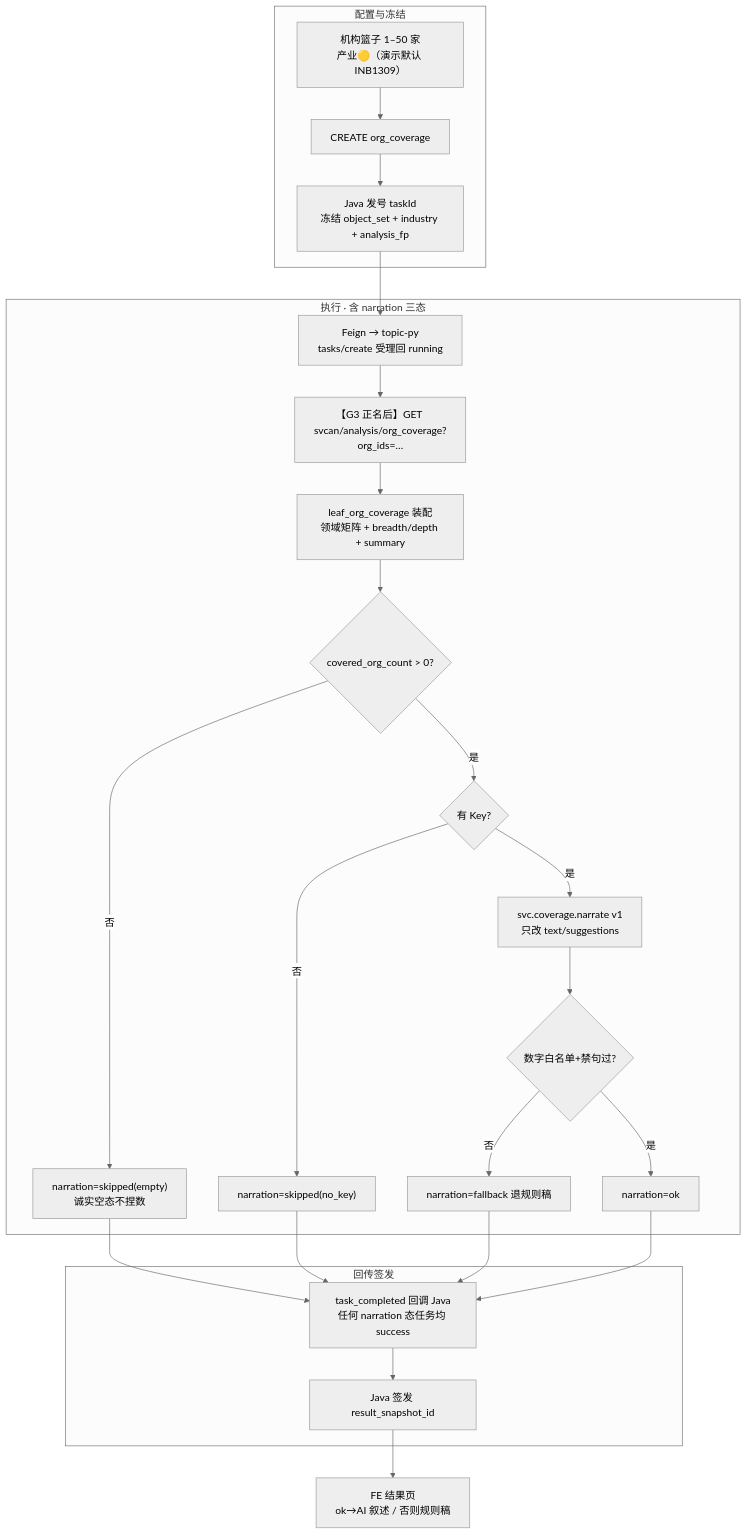
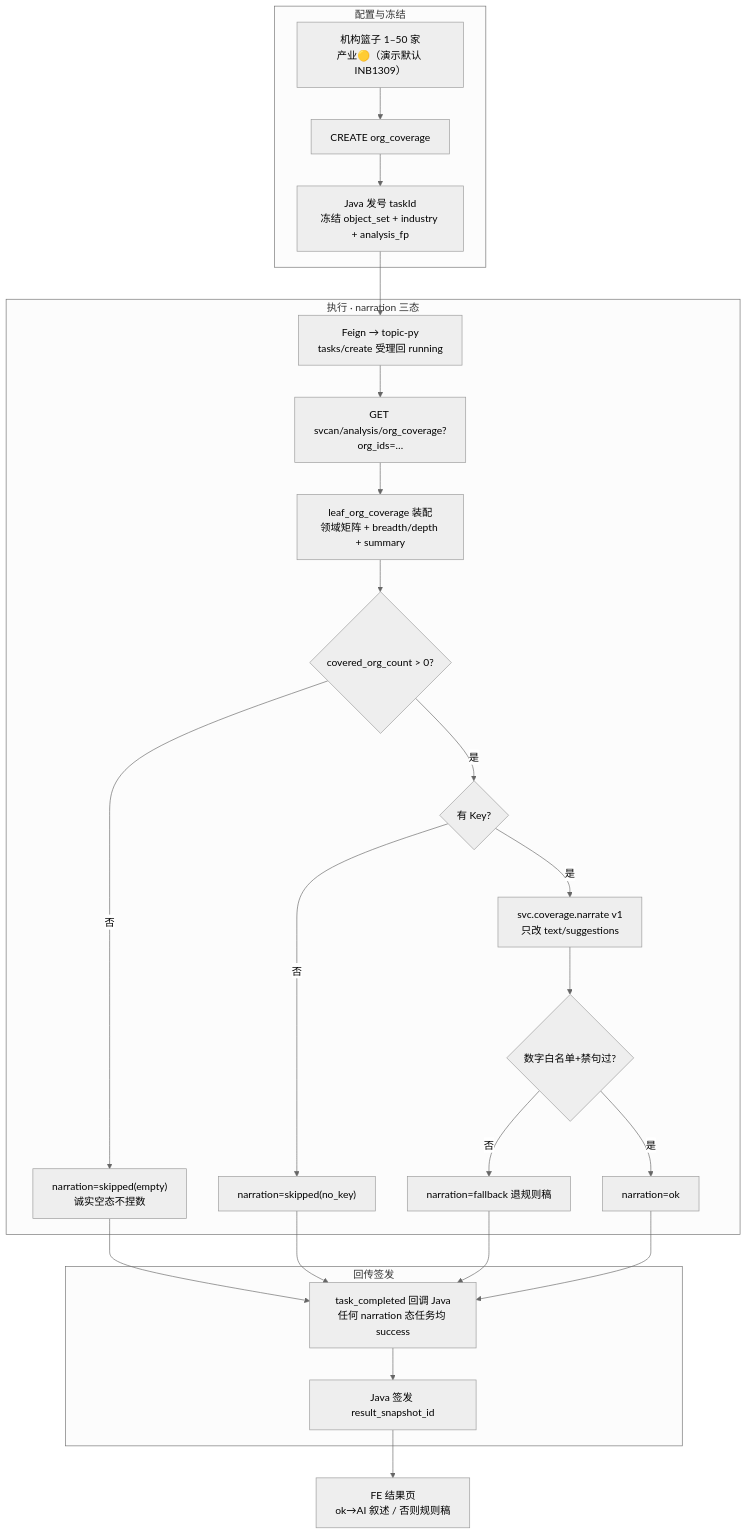
One commit to Marisolebxf/- changed the first of 2 diagrams in agent-delivery/agent-handoffs/产品整体定义/科技专题服务系统-完整详细设计/05.7.1-服务机构产业领域分析.md. Above: the diagram before and after it, drawn with Mermaid (neutral theme). The commit also changed other lines of this file and 2 other files, not shown here.

First line of the commit message:
[agent:architect-agent] docs(svc): 05.7.1/05.7.3/05.7.4 改版为行为规格体例（删对照/缺口/目标态章节）

````diff
--- a/agent-delivery/agent-handoffs/产品整体定义/科技专题服务系统-完整详细设计/05.7.1-服务机构产业领域分析.md
+++ b/agent-delivery/agent-handoffs/产品整体定义/科技专题服务系统-完整详细设计/05.7.1-服务机构产业领域分析.md
@@ -49,28 +33,28 @@
 ```mermaid
 flowchart TD
   subgraph cfg [配置与冻结]
     A["机构篮子 1–50 家<br/>产业🟡（演示默认 INB1309）"] --> B["CREATE org_coverage"]
     B --> C["Java 发号 taskId<br/>冻结 object_set + industry + analysis_fp"]
   end
-  subgraph pipe [执行 · 含 narration 三态]
+  subgraph pipe [执行 · narration 三态]
     C --> D["Feign → topic-py<br/>tasks/create 受理回 running"]
-    D --> F["【G3 正名后】GET svcan/analysis/org_coverage?org_ids=…"]
+    D --> F["GET svcan/analysis/org_coverage?org_ids=…"]
     F --> G["leaf_org_coverage 装配<br/>领域矩阵 + breadth/depth + summary"]
     G --> H{"covered_org_count > 0?"}
     H -->|否| EM["narration=skipped(empty)<br/>诚实空态不捏数"]
     H -->|是| I{"有 Key?"}
     I -->|否| SK["narration=skipped(no_key)"]
     I -->|是| L["svc.coverage.narrate v1<br/>只改 text/suggestions"]
     L --> V{"数字白名单+禁句过?"}
     V -->|否| FB["narration=fallback 退规则稿"]
     V -->|是| OK["narration=ok"]
   end
   subgraph back [回传签发]
     EM --> CB["task_completed 回调 Java<br/>任何 narration 态任务均 success"]
     SK --> CB
     FB --> CB
     OK --> CB
     CB --> S["Java 签发 result_snapshot_id"]
   end
   S --> R["FE 结果页<br/>ok→AI 叙述 / 否则规则稿"]
 ```
````
